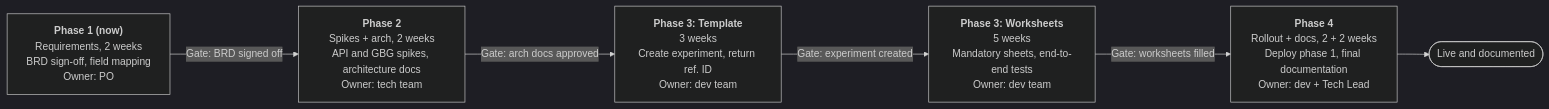
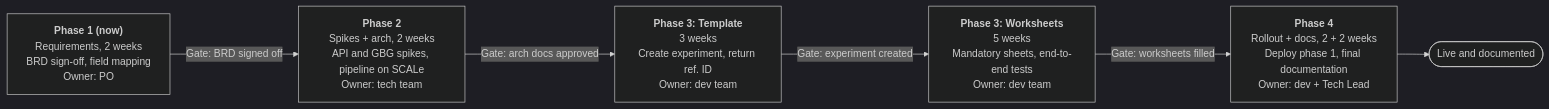
Before and after one commit to DeboSanofi/AI-AutoLEAD: the diagram in docs/PROJECT_TIMELINE.md, drawn with Mermaid (dark theme). The commit also changed other lines of this file and 4 other files, not shown here.

````diff
--- a/docs/PROJECT_TIMELINE.md
+++ b/docs/PROJECT_TIMELINE.md
@@ -9,13 +9,13 @@
 ```mermaid
 flowchart LR
     P1["<b>Phase 1 (now)</b><br/>Requirements, 2 weeks<br/>BRD sign-off, field mapping<br/>Owner: PO"]
-    P2["<b>Phase 2</b><br/>Spikes + arch, 2 weeks<br/>API and GBG spikes, architecture docs<br/>Owner: tech team"]
+    P2["<b>Phase 2</b><br/>Spikes + arch, 2 weeks<br/>API and GBG spikes, pipeline on SCALe<br/>Owner: tech team"]
     P3A["<b>Phase 3: Template</b><br/>3 weeks<br/>Create experiment, return ref. ID<br/>Owner: dev team"]
     P3B["<b>Phase 3: Worksheets</b><br/>5 weeks<br/>Mandatory sheets, end-to-end tests<br/>Owner: dev team"]
     P4["<b>Phase 4</b><br/>Rollout + docs, 2 + 2 weeks<br/>Deploy phase 1, final documentation<br/>Owner: dev + Tech Lead"]
     P1 -->|"Gate: BRD signed off"| P2
     P2 -->|"Gate: arch docs approved"| P3A
     P3A -->|"Gate: experiment created"| P3B
     P3B -->|"Gate: worksheets filled"| P4
     P4 --> DONE(["Live and documented"])
 ```
````
